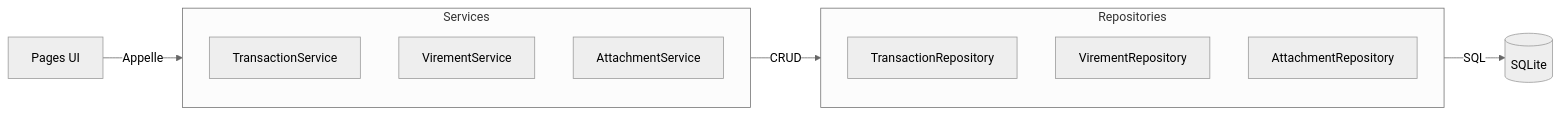
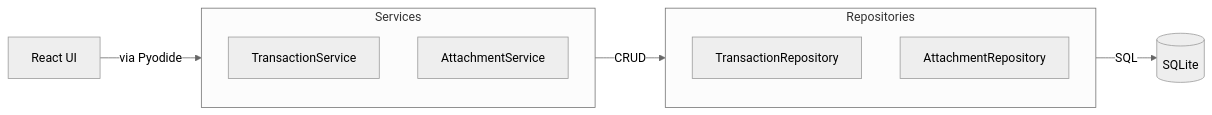
One commit to mdjabi2005-commits/gestio-mobile changed the second of 2 diagrams in backend/domains/transactions/services/README.md. Above: the diagram before and after it, drawn with Mermaid (neutral theme). The commit also changed other lines of this file and 24 other files, not shown here.

First line of the commit message:
refactor: migration vers mobile React/Pyodide + PWA #22

````diff
--- a/backend/domains/transactions/services/README.md
+++ b/backend/domains/transactions/services/README.md
@@ -24,18 +40,16 @@
 ```mermaid
 graph LR
-    Pages[Pages UI] -->|Appelle| Services
+    React[React UI] -->|via Pyodide| Services
     Services -->|CRUD| Repositories
     Repositories -->|SQL| DB[(SQLite)]
-
+    
     subgraph "Services"
         TxS[TransactionService]
-        VirmS[VirementService]
         AttS[AttachmentService]
     end
-
+    
     subgraph "Repositories"
         TxR[TransactionRepository]
-        VirmR[VirementRepository]
         AttR[AttachmentRepository]
     end
 ```
````
